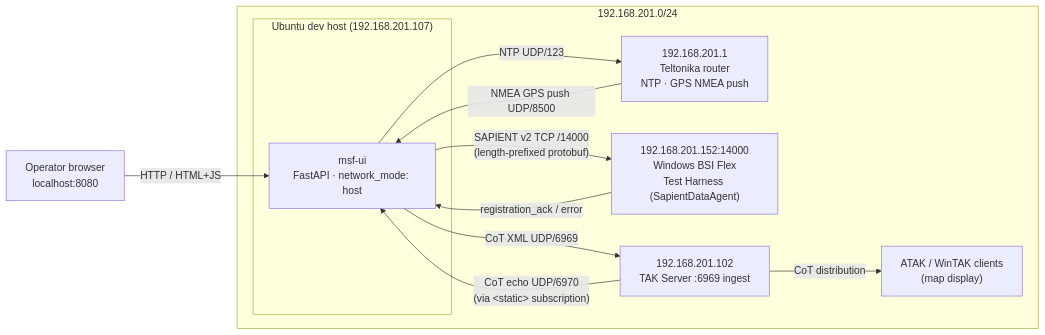
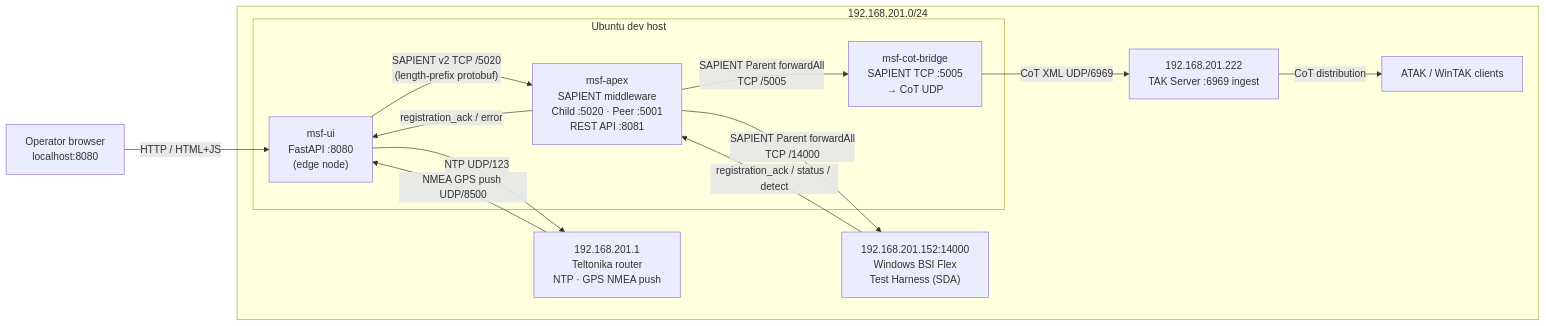
One commit to vinayakkankanwadi/multi-sensor-fusion changed the first of 12 diagrams in Architecture.md. Above: the diagram before and after it, drawn with Mermaid. The commit also changed other lines of this file and 15 other files, not shown here.

````diff
--- a/Architecture.md
+++ b/Architecture.md
@@ -39,25 +49,30 @@
 ```mermaid
 flowchart LR
     subgraph LAN["192.168.201.0/24"]
-        subgraph host["Ubuntu dev host (192.168.201.107)"]
-            UI["msf-ui<br/>FastAPI · network_mode: host"]
+        subgraph host["Ubuntu dev host"]
+            UI["msf-ui<br/>FastAPI :8080<br/>(edge node)"]
+            Apex["msf-apex<br/>SAPIENT middleware<br/>Child :5020 · Peer :5001<br/>REST API :8081"]
+            CoT["msf-cot-bridge<br/>SAPIENT TCP :5005<br/>→ CoT UDP"]
         end
         Router["192.168.201.1<br/>Teltonika router<br/>NTP · GPS NMEA push"]
-        Win["192.168.201.152:14000<br/>Windows BSI Flex<br/>Test Harness (SapientDataAgent)"]
-        TAK["192.168.201.102<br/>TAK Server :6969 ingest"]
-        ATAK["ATAK / WinTAK clients<br/>(map display)"]
+        Win["192.168.201.152:14000<br/>Windows BSI Flex<br/>Test Harness (SDA)"]
+        TAK["192.168.201.222<br/>TAK Server :6969 ingest"]
+        ATAK["ATAK / WinTAK clients"]
     end
     Browser["Operator browser<br/>localhost:8080"]
 
     Browser -- "HTTP / HTML+JS" --> UI
 
     UI -- "NTP UDP/123" --> Router
     Router -- "NMEA GPS push UDP/8500" --> UI
 
-    UI -- "SAPIENT v2 TCP /14000<br/>(length-prefixed protobuf)" --> Win
-    Win -- "registration_ack / error" --> UI
+    UI -- "SAPIENT v2 TCP /5020<br/>(length-prefix protobuf)" --> Apex
+    Apex -- "registration_ack / error" --> UI
 
-    UI -- "CoT XML UDP/6969" --> TAK
-    TAK -- "CoT echo UDP/6970<br/>(via &lt;static&gt; subscription)" --> UI
+    Apex -- "SAPIENT Parent forwardAll<br/>TCP /14000" --> Win
+    Win -- "registration_ack / status / detect" --> Apex
+    Apex -- "SAPIENT Parent forwardAll<br/>TCP /5005" --> CoT
+
+    CoT -- "CoT XML UDP/6969" --> TAK
     TAK -- "CoT distribution" --> ATAK
 ```
````
